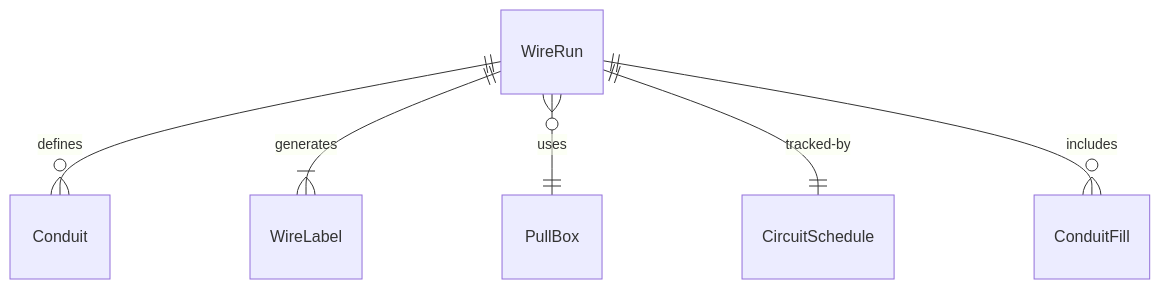
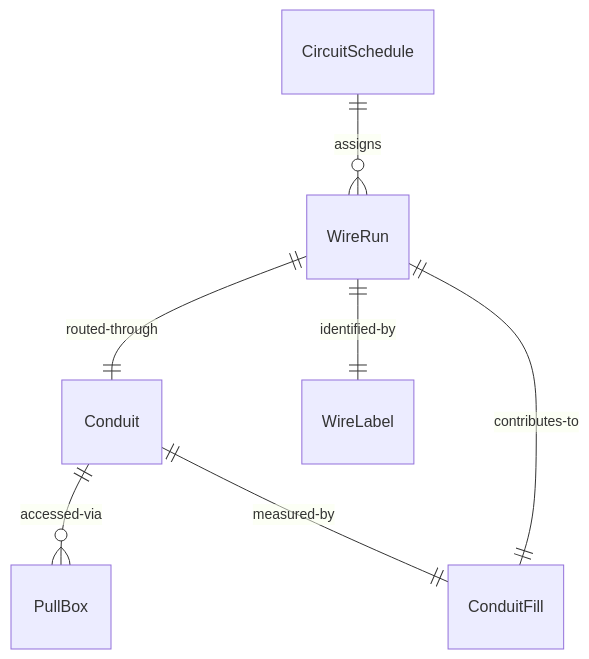
Before and after one commit to dot-org-ai/tasks.org.ai: the first of 4 diagrams in HandlingAndMovingObjects/ConnectComponentsOrSupplyLinesToEquipmentOrTools/RunWiringConnectEquipment.mdx, drawn with Mermaid. The commit also changed other lines of this file and 515 other files, not shown here.

````diff
--- a/HandlingAndMovingObjects/ConnectComponentsOrSupplyLinesToEquipmentOrTools/RunWiringConnectEquipment.mdx
+++ b/HandlingAndMovingObjects/ConnectComponentsOrSupplyLinesToEquipmentOrTools/RunWiringConnectEquipment.mdx
@@ -87,8 +87,9 @@
 ```mermaid
 erDiagram
-    WireRun ||--o{ Conduit : "defines"
-    WireRun ||--|{ WireLabel : "generates"
-    WireRun }o--|| PullBox : "uses"
-    WireRun ||--|| CircuitSchedule : "tracked-by"
-    WireRun ||--o{ ConduitFill : "includes"
+    CircuitSchedule ||--o{ WireRun : "assigns"
+    WireRun ||--|| Conduit : "routed-through"
+    Conduit ||--o{ PullBox : "accessed-via"
+    WireRun ||--|| WireLabel : "identified-by"
+    Conduit ||--|| ConduitFill : "measured-by"
+    WireRun ||--|| ConduitFill : "contributes-to"
 ```
````
